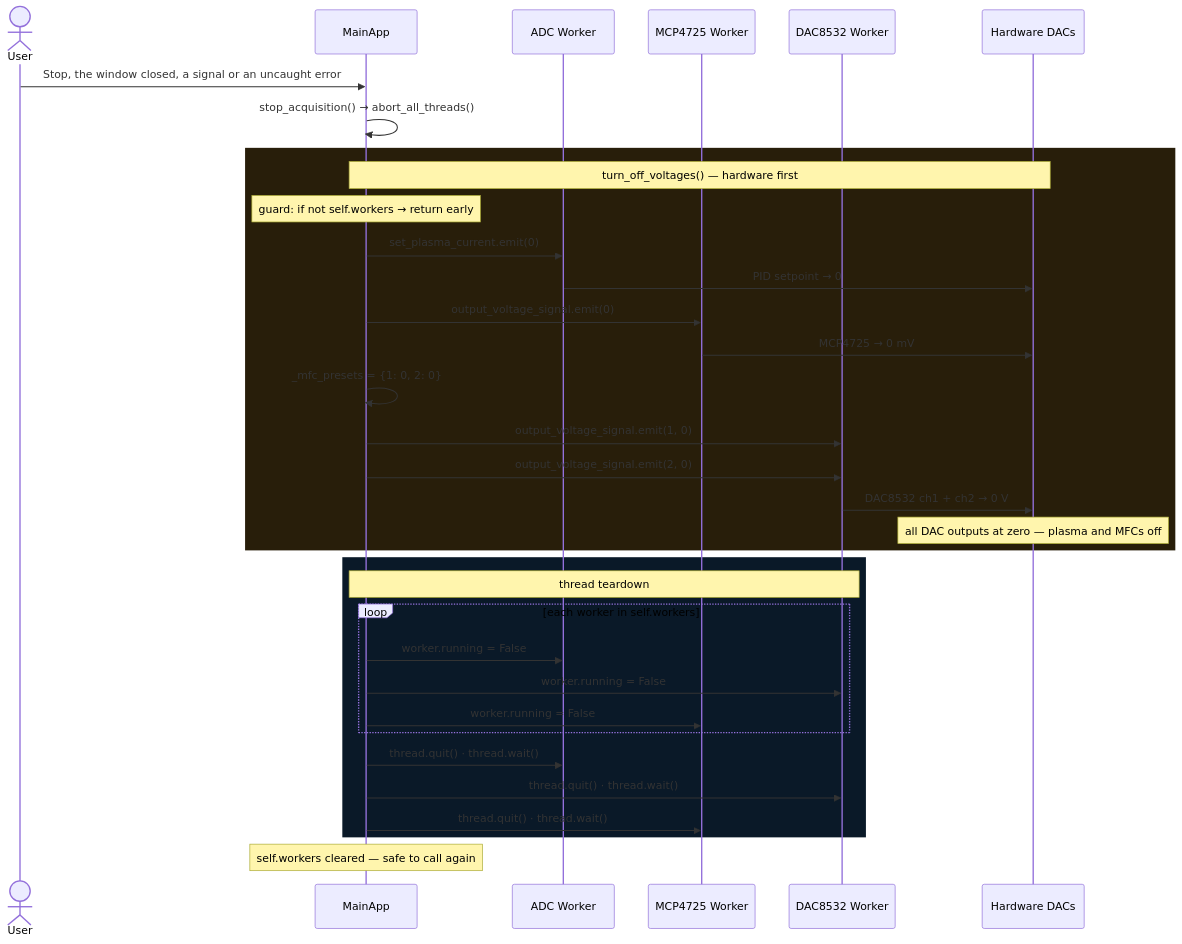
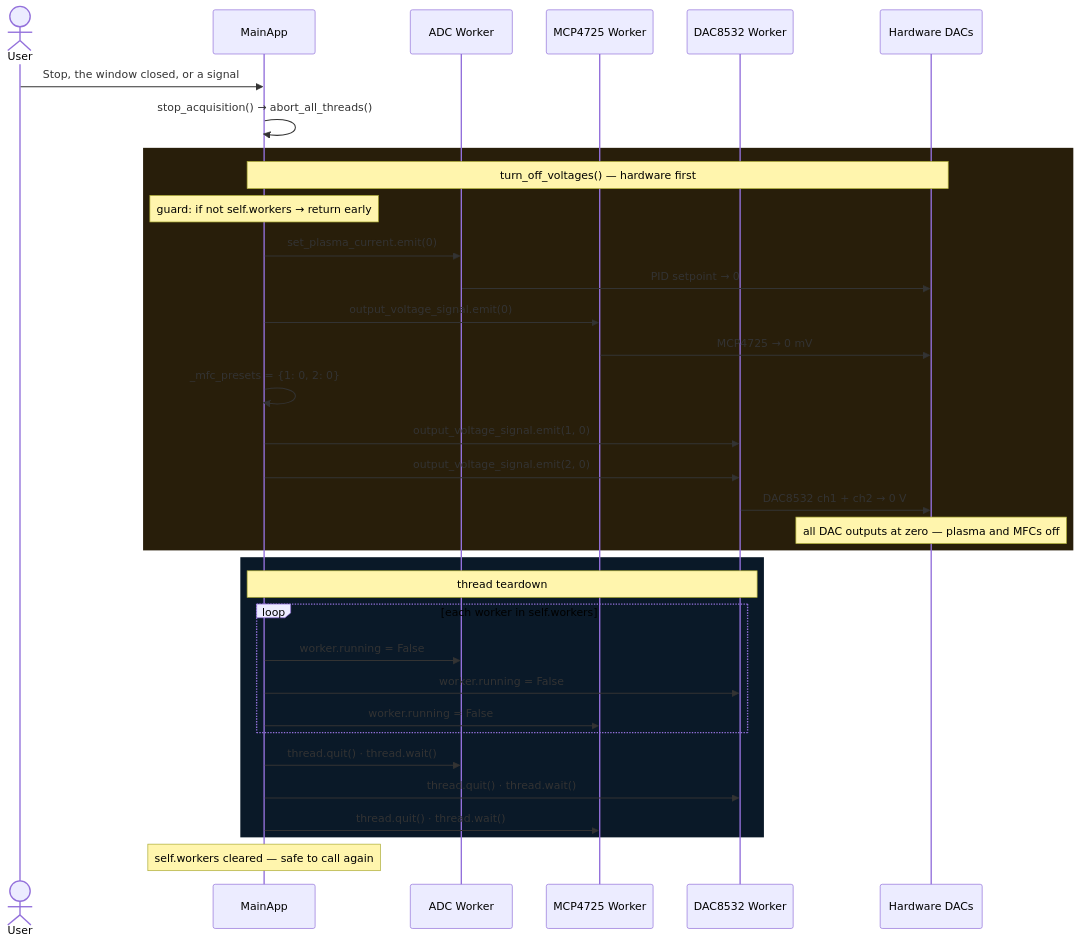
Before and after one commit to queezz/ControlUnit: the second of 2 diagrams in docs/architecture/qt-threading.md, drawn with Mermaid. The commit also changed other lines of this file and 13 other files, not shown here.

````diff
--- a/docs/architecture/qt-threading.md
+++ b/docs/architecture/qt-threading.md
@@ -214,40 +214,40 @@
 ```mermaid
 sequenceDiagram
     actor User
     participant App as MainApp
     participant ADC as ADC Worker
     participant PC as MCP4725 Worker
     participant MFCs as DAC8532 Worker
     participant HW as Hardware DACs
 
-    User->>App: Stop, the window closed, a signal or an uncaught error
+    User->>App: Stop, the window closed, or a signal
     App->>App: stop_acquisition() → abort_all_threads()
 
     rect rgb(40, 30, 10)
         Note over App,HW: turn_off_voltages() — hardware first
         Note over App: guard: if not self.workers → return early
         App->>ADC: set_plasma_current.emit(0)
         ADC->>HW: PID setpoint → 0
         App->>PC: output_voltage_signal.emit(0)
         PC->>HW: MCP4725 → 0 mV
         App->>App: _mfc_presets = {1: 0, 2: 0}
         App->>MFCs: output_voltage_signal.emit(1, 0)
         App->>MFCs: output_voltage_signal.emit(2, 0)
         MFCs->>HW: DAC8532 ch1 + ch2 → 0 V
         Note over HW: all DAC outputs at zero — plasma and MFCs off
     end
 
     rect rgb(10, 25, 40)
         Note over App,MFCs: thread teardown
         loop each worker in self.workers
             App->>ADC: worker.running = False
             App->>MFCs: worker.running = False
             App->>PC: worker.running = False
         end
         App->>ADC: thread.quit() · thread.wait()
         App->>MFCs: thread.quit() · thread.wait()
         App->>PC: thread.quit() · thread.wait()
     end
 
     Note over App: self.workers cleared — safe to call again
 ```
````
